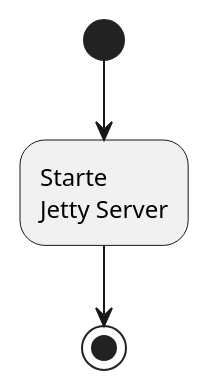
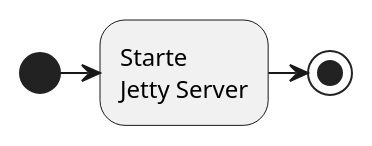
One commit to ob-swengiib-ws18/ob-swengiib-ws18 changed the diagram in UML/WebAppAct.puml. Above: the diagram before and after it, drawn with PlantUML. The commit also changed 5 other files, not shown here.

```diff
--- a/UML/WebAppAct.puml
+++ b/UML/WebAppAct.puml
@@ -1,6 +1,6 @@
 @startuml
 
-(*)  --> "Starte\nJetty Server"
--->(*)
+(*)  -> "Starte\nJetty Server"
+-> (*)
 
 @enduml
```
